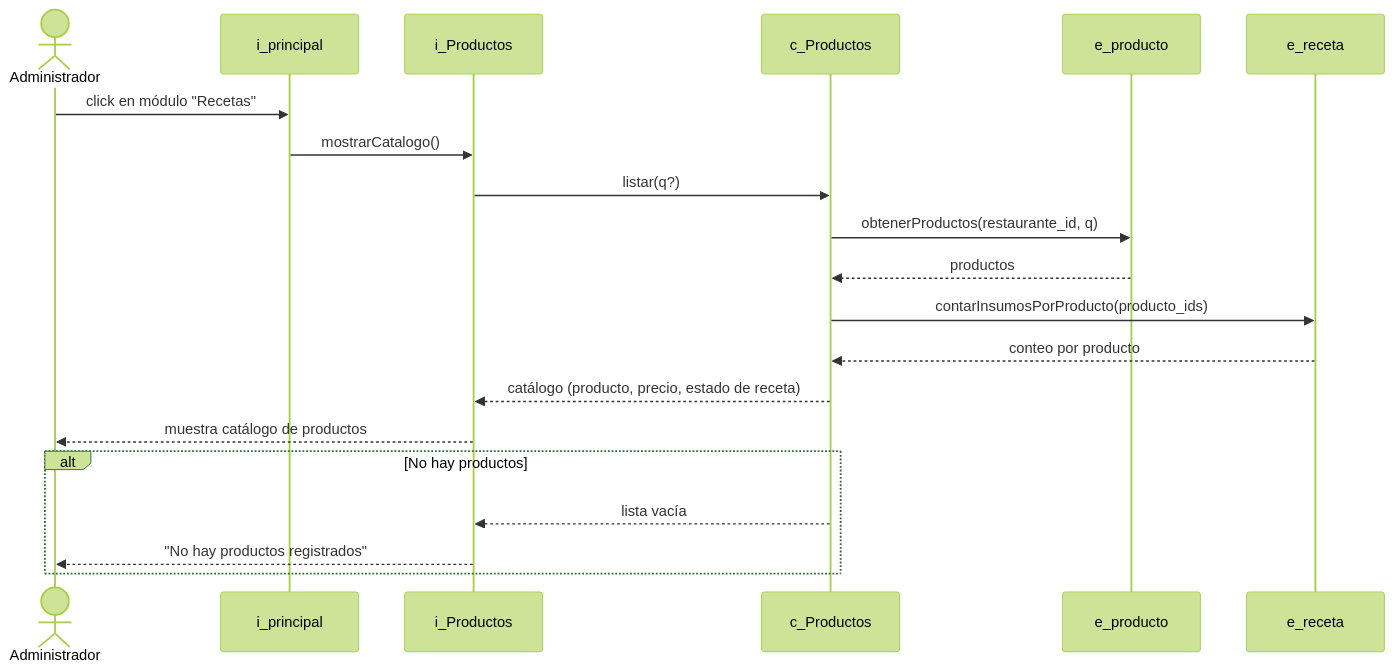
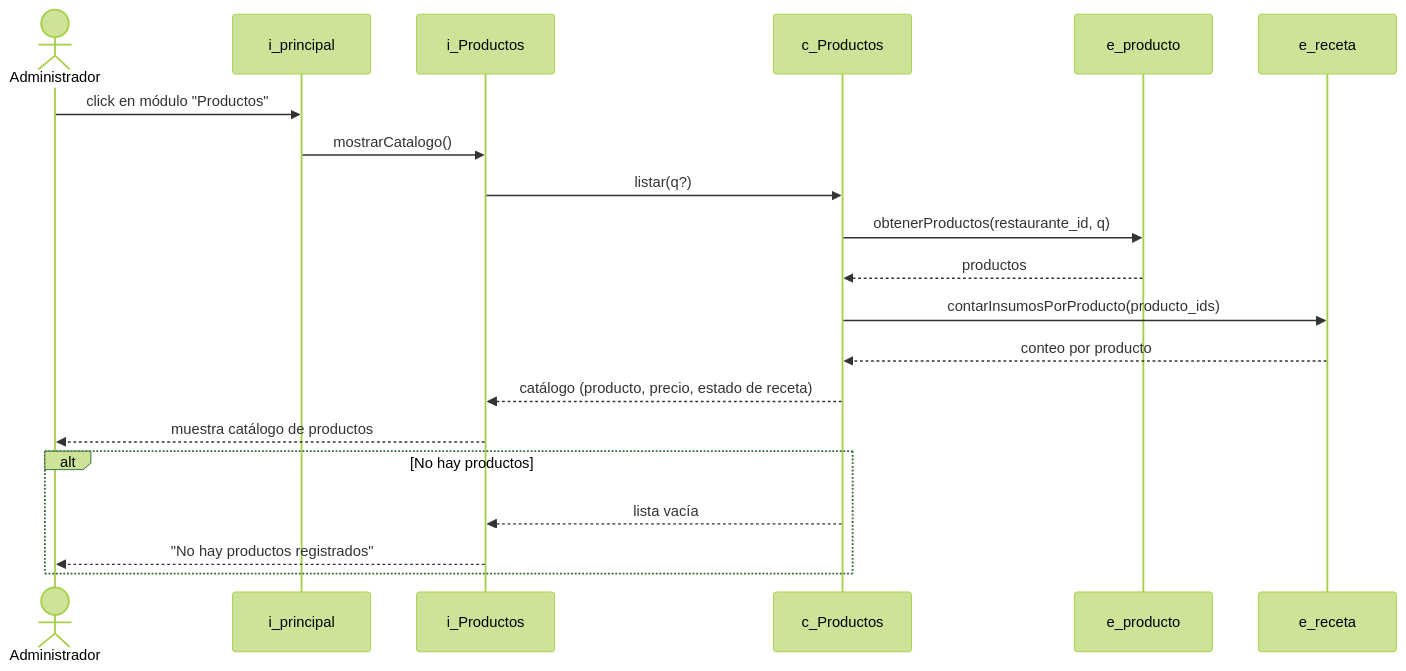
The first of 8 diagrams in docs/diagramas-secuencia-productos.md (Zarcooh/big-royal-saas), drawn with Mermaid (forest theme) before and after one commit. The commit also changed other lines of this file, not shown here.

First line of the commit message:
docs: agregar diagramas de secuencia CU-23/24/25 y limpiar el modulo

````diff
--- a/docs/diagramas-secuencia-productos.md
+++ b/docs/diagramas-secuencia-productos.md
@@ -18,24 +19,24 @@
 ```mermaid
 sequenceDiagram
     actor Admin as Administrador
     participant iP as i_principal
     participant iR as i_Productos
     participant cR as c_Productos
     participant eProd as e_producto
     participant eRec as e_receta
 
-    Admin->>iP: click en módulo "Recetas"
+    Admin->>iP: click en módulo "Productos"
     iP->>iR: mostrarCatalogo()
     iR->>cR: listar(q?)
     cR->>eProd: obtenerProductos(restaurante_id, q)
     eProd-->>cR: productos
     cR->>eRec: contarInsumosPorProducto(producto_ids)
     eRec-->>cR: conteo por producto
     cR-->>iR: catálogo (producto, precio, estado de receta)
     iR-->>Admin: muestra catálogo de productos
 
     alt No hay productos
         cR-->>iR: lista vacía
         iR-->>Admin: "No hay productos registrados"
     end
 ```
````
